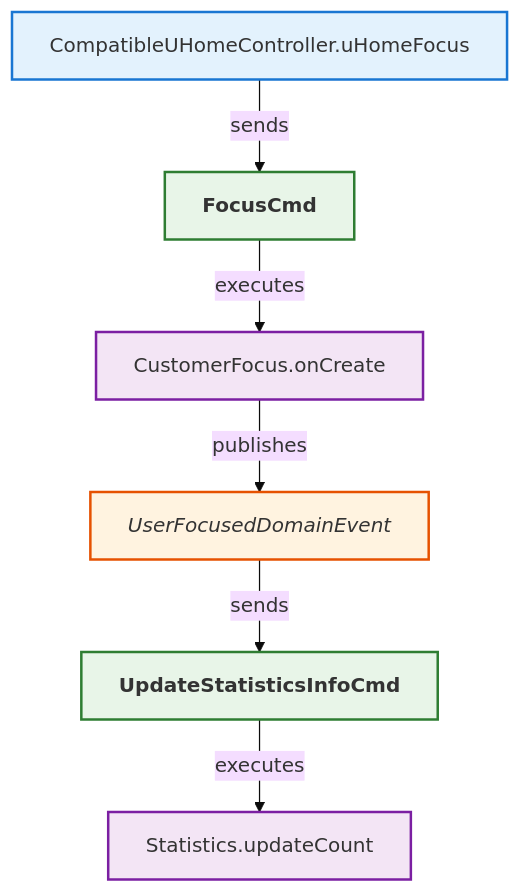
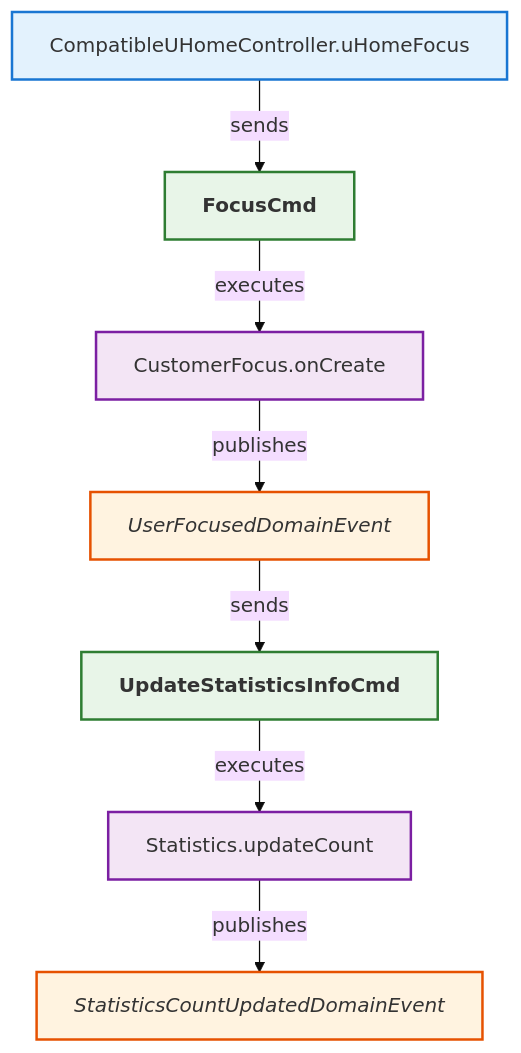
One commit to LDmoxeii/only-danmuku changed the diagram in analysis/CompatibleUHomeController_focus.mmd. Above: the diagram before and after it, drawn with Mermaid (base theme).

Commit message:
feat(analysis): 更新领域事件关系图- 在图表中新增 StatisticsCountUpdatedDomainEvent 领域事件节点 - 添加从 Statistics.updateCount 方法到新领域事件的发布关系 - 完善图表结构以反映完整的事件发布流程

```diff
--- a/analysis/CompatibleUHomeController_focus.mmd
+++ b/analysis/CompatibleUHomeController_focus.mmd
@@ -1,42 +1,45 @@
 flowchart TB
 
     N1["CompatibleUHomeController.uHomeFocus"]
     class N1 controllermethod;
 
     C1["FocusCmd"]
     class C1 command;
     A1["CustomerFocus.onCreate"]
     class A1 entitymethod;
     E1["UserFocusedDomainEvent"]
     class E1 domainevent;
 
     CC1["UpdateStatisticsInfoCmd"]
     class CC1 command;
     AS1["Statistics.updateCount"]
     class AS1 entitymethod;
+    E2["StatisticsCountUpdatedDomainEvent"]
+    class E2 domainevent;
 
 
     %% Relationships
     N1 -->|sends| C1
     C1 -->|executes| A1
     A1 -->|publishes| E1
     E1 -->|sends| CC1
     CC1 -->|executes| AS1
+    AS1 -->|publishes| E2
 
     %% Styles
     classDef controller fill:#e3f2fd,stroke:#1565c0,stroke-width:2px,font-weight:bold;
     classDef controllermethod fill:#e3f2fd,stroke:#1976d2,stroke-width:2px;
     classDef endpoint fill:#e3f2fd,stroke:#42a5f5,stroke-width:2px;
     classDef commandsender fill:#e3f2fd,stroke:#1565c0,stroke-width:2px,font-style:italic;
     classDef commandsendermethod fill:#e3f2fd,stroke:#1976d2,stroke-width:2px,font-style:italic;
     classDef command fill:#e8f5e8,stroke:#2e7d32,stroke-width:2px,font-weight:bold;
     classDef commandhandler fill:#e8f5e8,stroke:#388e3c,stroke-width:2px,font-weight:bold;
     classDef aggregate fill:#fff8e1,stroke:#ff8f00,stroke-width:3px,font-weight:bold;
     classDef entitymethod fill:#f3e5f5,stroke:#7b1fa2,stroke-width:2px;
     classDef domainevent fill:#fff3e0,stroke:#e65100,stroke-width:2px,font-style:italic;
     classDef domaineventhandler fill:#fff3e0,stroke:#ef6c00,stroke-width:2px,font-weight:bold;
     classDef integrationevent fill:#fce4ec,stroke:#880e4f,stroke-width:2px;
     classDef integrationeventhandler fill:#fce4ec,stroke:#ad1457,stroke-width:2px,font-weight:bold;
     classDef integrationeventconverter fill:#e3f2fd,stroke:#0277bd,stroke-width:2px;
     classDef repo fill:#d6dbdf,stroke:#85929e,stroke-width:2px;
     classDef uow fill:#f2f4f4,stroke:#7f8c8d,stroke-width:2px;
```
